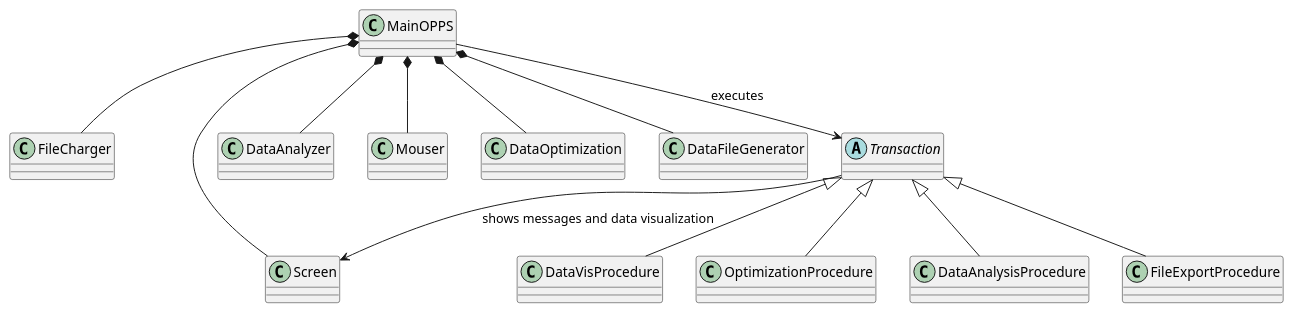
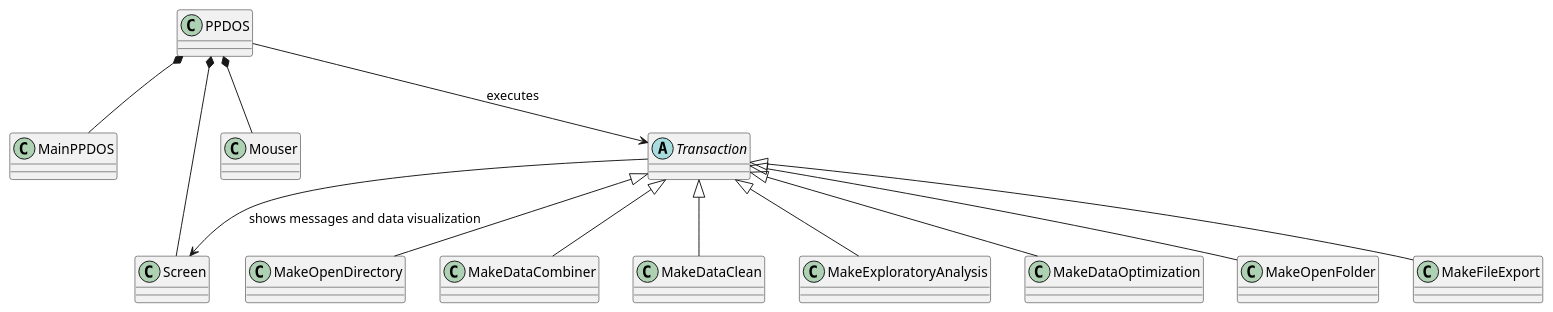
Before and after one commit to MarcioFreitasUFSC21/OptimizationPetroleumProductionSystem: the diagram in MainClassOPPS.plantuml, drawn with PlantUML. The commit also changed 14 other files, not shown here.

Commit message:
Class Diagrams conclude and finished other changes, for example, colaboration, method and feature tables conclude

```diff
--- a/MainClassOPPS.plantuml
+++ b/MainClassOPPS.plantuml
@@ -1,28 +1,27 @@
 @startuml
-class  MainOPPS 
-class  FileCharger
+class  MainPPDOS 
+class  PPDOS
 class  Screen
-class  DataAnalyzer
 class  Mouser
-class  DataOptimization
-class  DataFileGenerator
 abstract class Transaction
-class  DataVisProcedure
-class  OptimizationProcedure
-class  DataAnalysisProcedure
-class  FileExportProcedure
+class  MakeOpenDirectory
+class  MakeDataCombiner
+class  MakeDataClean
+class  MakeExploratoryAnalysis
+class  MakeDataOptimization
+class  MakeOpenFolder
+class  MakeFileExport
 
-
-MainOPPS *-- FileCharger
-MainOPPS *-- Screen
-MainOPPS *-- Mouser
-MainOPPS *-- DataFileGenerator
-MainOPPS *-- DataAnalyzer
-MainOPPS *-- DataOptimization
-MainOPPS --> Transaction: "executes"
-Transaction <|-- FileExportProcedure
-Transaction <|-- DataAnalysisProcedure
-Transaction <|-- OptimizationProcedure
-Transaction <|-- DataVisProcedure
+PPDOS *-- MainPPDOS
+PPDOS *-- Screen
+PPDOS *-- Mouser
+PPDOS --> Transaction: "executes"
+Transaction <|-- MakeOpenDirectory
+Transaction <|-- MakeDataCombiner
+Transaction <|-- MakeDataClean
+Transaction <|-- MakeExploratoryAnalysis
+Transaction <|-- MakeDataOptimization
+Transaction <|-- MakeOpenFolder
+Transaction <|-- MakeFileExport
 Transaction --> Screen: "shows messages and data visualization"
 @enduml
```
